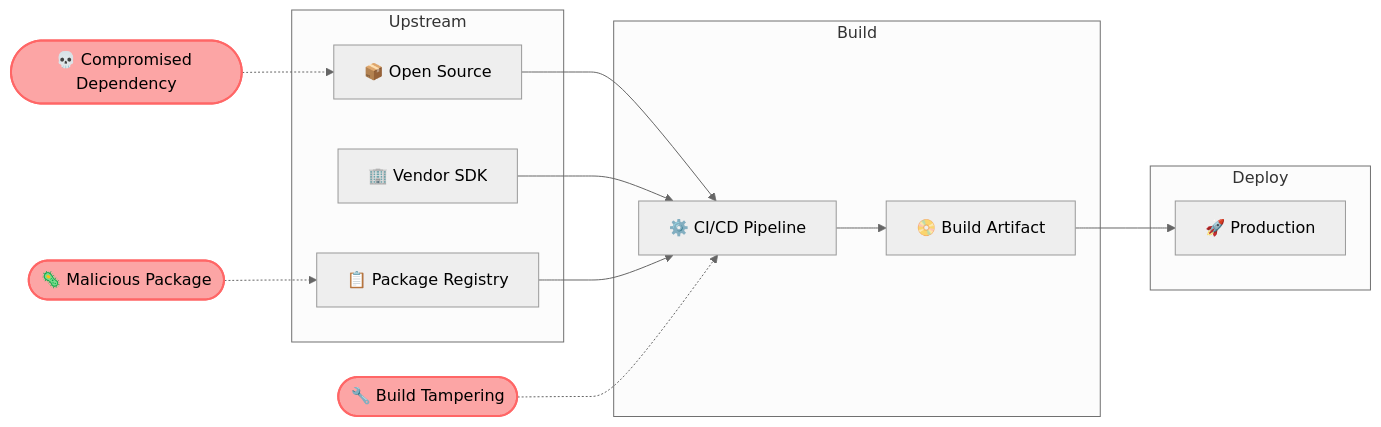
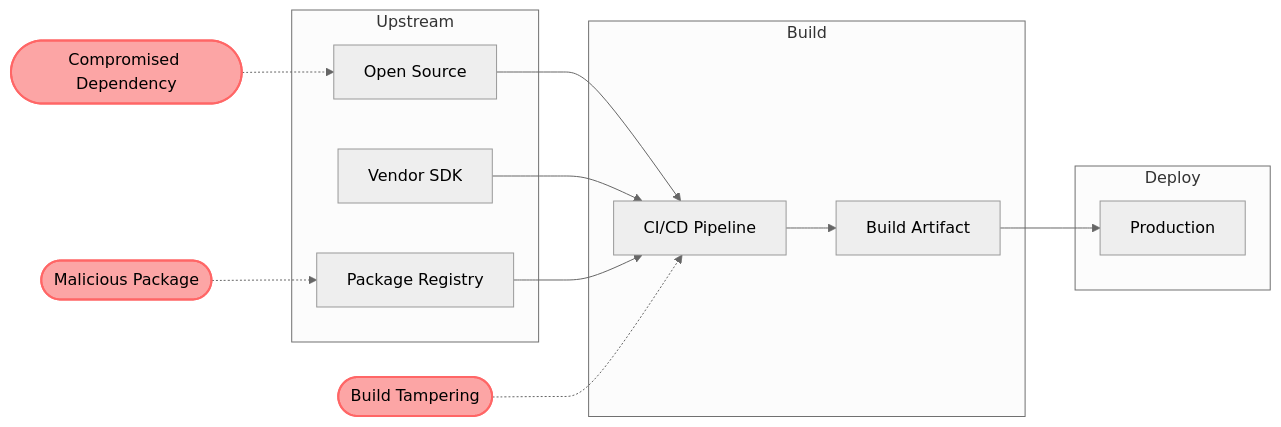
The diagram in examples/supply-chain.mmd (hexobandit/X9_simplemermaid), drawn with Mermaid (neutral theme) before and after one commit. The commit also changed 25 other files, not shown here.

```diff
--- a/examples/supply-chain.mmd
+++ b/examples/supply-chain.mmd
@@ -1,22 +1,22 @@
 flowchart LR
 classDef threat fill:#fca5a5,stroke:#f66,stroke-width:2px,color:#000
 subgraph Upstream
-OSS[📦 Open Source]
-Vendor[🏢 Vendor SDK]
-Registry[📋 Package Registry]
+OSS[Open Source]
+Vendor[Vendor SDK]
+Registry[Package Registry]
 end
 subgraph Build
-CI[⚙️ CI/CD Pipeline]
-Artifact[📀 Build Artifact]
+CI[CI/CD Pipeline]
+Artifact[Build Artifact]
 end
 subgraph Deploy
-Prod[🚀 Production]
+Prod[Production]
 end
 OSS --> CI
 Vendor --> CI
 Registry --> CI
 CI --> Artifact
 Artifact --> Prod
-Malicious([🦠 Malicious Package]):::threat -.-> Registry
-Compromised([💀 Compromised Dependency]):::threat -.-> OSS
-Tampering([🔧 Build Tampering]):::threat -.-> CI
+Malicious([Malicious Package]):::threat -.-> Registry
+Compromised([Compromised Dependency]):::threat -.-> OSS
+Tampering([Build Tampering]):::threat -.-> CI
```
